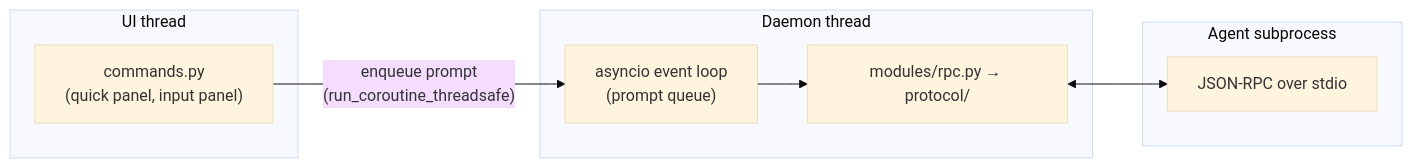
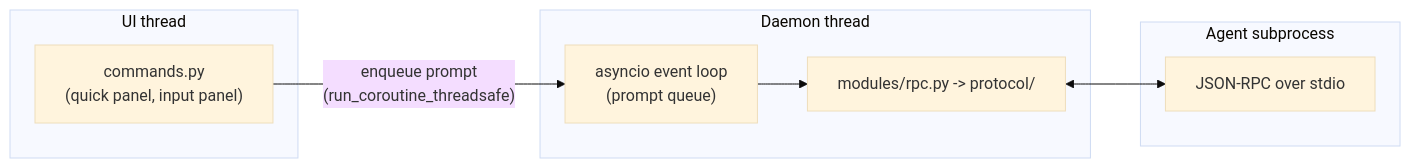
One commit to debjan/sublime-acp changed the first of 2 diagrams in docs/daemon.md. Above: the diagram before and after it, drawn with Mermaid (base theme). The commit also changed other lines of this file and 16 other files, not shown here.

````diff
--- a/docs/daemon.md
+++ b/docs/daemon.md
@@ -16,15 +16,15 @@
 ```mermaid
 flowchart LR
     subgraph UI["UI thread"]
         CMDS["commands.py<br/>(quick panel, input panel)"]
     end
     subgraph DAEMON["Daemon thread"]
         LOOP["asyncio event loop<br/>(prompt queue)"]
-        RPC["modules/rpc.py → protocol/"]
+        RPC["modules/rpc.py -> protocol/"]
     end
     subgraph AGENT["Agent subprocess"]
         JSONRPC["JSON-RPC over stdio"]
     end
     CMDS -->|"enqueue prompt<br/>(run_coroutine_threadsafe)"| LOOP
     LOOP --> RPC <--> JSONRPC
 ```
````
